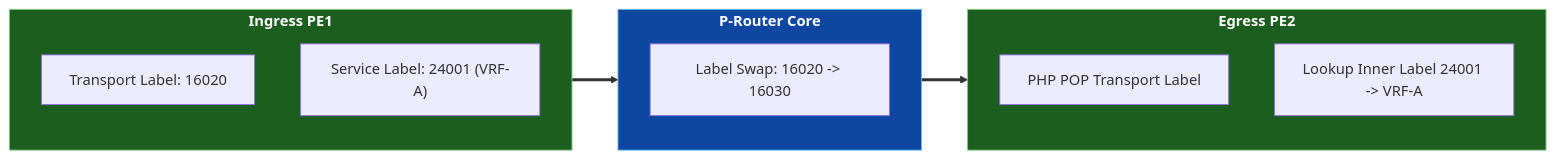
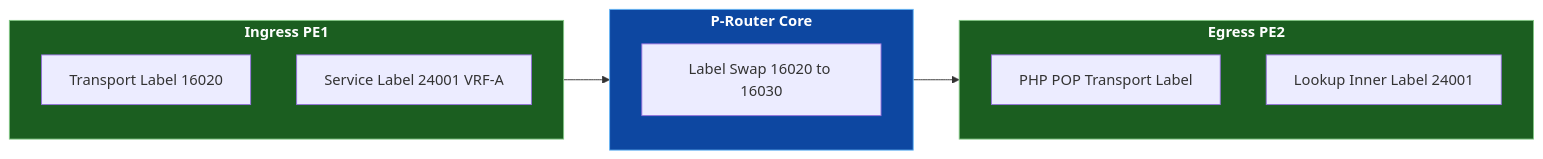
The second of 5 diagrams in docs/interview-prep/google-system-design.md (etherhtun/netforge-labs), drawn with Mermaid before and after one commit. The commit also changed other lines of this file, not shown here.

Commit message:
fix(mermaid): update Mermaid syntax in google-system-design.md for 100% compatibility with Mermaid v11.16.1

````diff
--- a/docs/interview-prep/google-system-design.md
+++ b/docs/interview-prep/google-system-design.md
@@ -87,23 +87,23 @@
 ```mermaid
 graph LR
     subgraph INGRESS["Ingress PE1"]
-      L_OUT["Transport Label: 16020"]
-      L_IN["Service Label: 24001 (VRF-A)"]
+      L_OUT["Transport Label 16020"]
+      L_IN["Service Label 24001 VRF-A"]
     end
 
     subgraph CORE["P-Router Core"]
-      SWAP["Label Swap: 16020 -> 16030"]
+      SWAP["Label Swap 16020 to 16030"]
     end
 
     subgraph EGRESS["Egress PE2"]
       PHP["PHP POP Transport Label"]
-      VRF["Lookup Inner Label 24001 -> VRF-A"]
+      VRF["Lookup Inner Label 24001"]
     end
 
-    INGRESS ==> CORE ==> EGRESS
+    INGRESS --> CORE --> EGRESS
 
     classDef pe fill:#1b5e20,stroke:#81c784,color:#ffffff,font-weight:bold;
     classDef p fill:#0d47a1,stroke:#64b5f6,color:#ffffff,font-weight:bold;
     class INGRESS,EGRESS pe;
     class CORE p;
 ```
````
